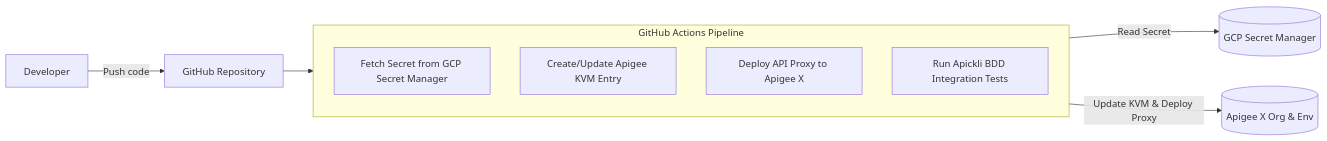
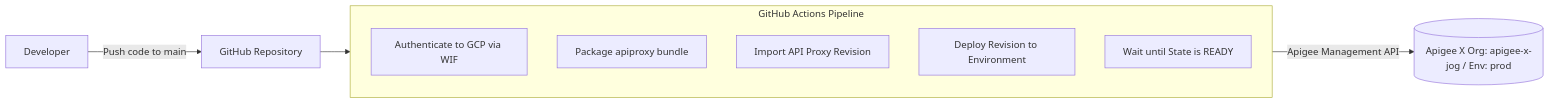
One commit to JoelGauci/apigee-cicd-demo changed the diagram in README.md. Above: the diagram before and after it, drawn with Mermaid. The commit also changed other lines of this file and 2 other files, not shown here.

Commit message:
feat: configure Apigee deployment pipeline with Workload Identity Federation

````diff
--- a/README.md
+++ b/README.md
@@ -9,13 +9,13 @@
 ```mermaid
 flowchart LR
-    Dev[Developer] -->|Push code| GitHub[GitHub Repository]
+    Dev[Developer] -->|Push code to main| GitHub[GitHub Repository]
     subgraph CI/CD [GitHub Actions Pipeline]
-        FetchSecret[Fetch Secret from GCP Secret Manager]
-        SyncKVM[Create/Update Apigee KVM Entry]
-        DeployProxy[Deploy API Proxy to Apigee X]
-        RunBDD[Run Apickli BDD Integration Tests]
+        Auth[Authenticate to GCP via WIF]
+        Package[Package apiproxy bundle]
+        Import[Import API Proxy Revision]
+        Deploy[Deploy Revision to Environment]
+        Wait[Wait until State is READY]
     end
     GitHub --> CI/CD
-    CI/CD -->|Read Secret| GSM[(GCP Secret Manager)]
-    CI/CD -->|Update KVM & Deploy Proxy| Apigee[(Apigee X Org & Env)]
+    CI/CD -->|Apigee Management API| Apigee[(Apigee X Org: apigee-x-jog / Env: prod)]
 ```
````
